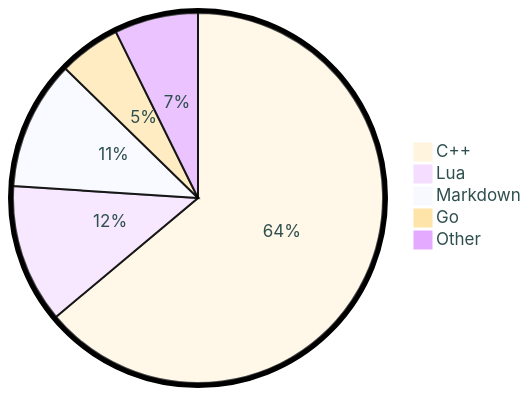
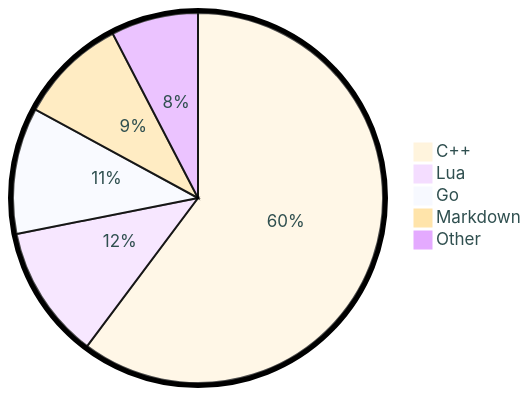
The diagram in README.md (tot0p/tot0p), drawn with Mermaid before and after one commit. The commit also changed other lines of this file, not shown here.

````diff
--- a/README.md
+++ b/README.md
@@ -77,9 +77,9 @@
 ```mermaid
 %%{init: {"pie": {"textPosition": 0.5}, "themeVariables": {"pieOuterStrokeWidth": "5px","primaryTextColor" : "#2F4F4F"},"theme":"base"} }%%
 pie
-	"C++": 63.91
-	"Lua": 12.13
-	"Markdown": 11.27
-	"Go": 5.39
-	"Other": 7.31
+	"C++": 60.23
+	"Lua": 11.66
+	"Go": 11.05
+	"Markdown": 9.45
+	"Other": 7.619999999999999
 ```
````
